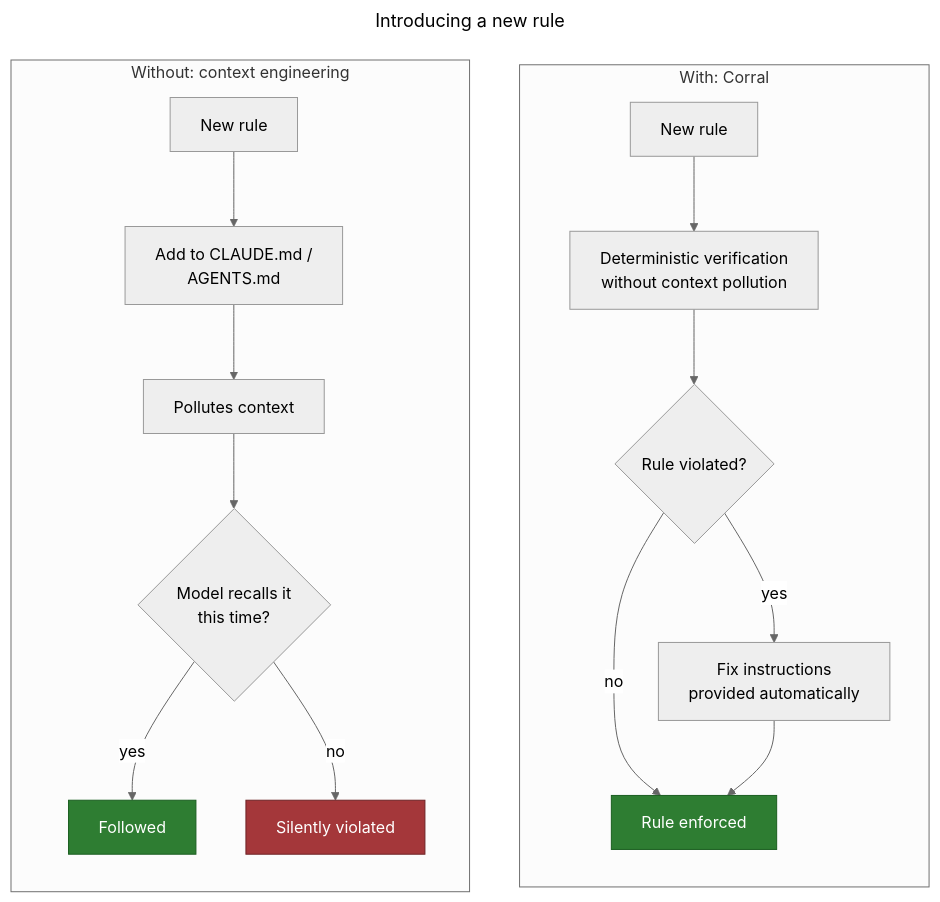
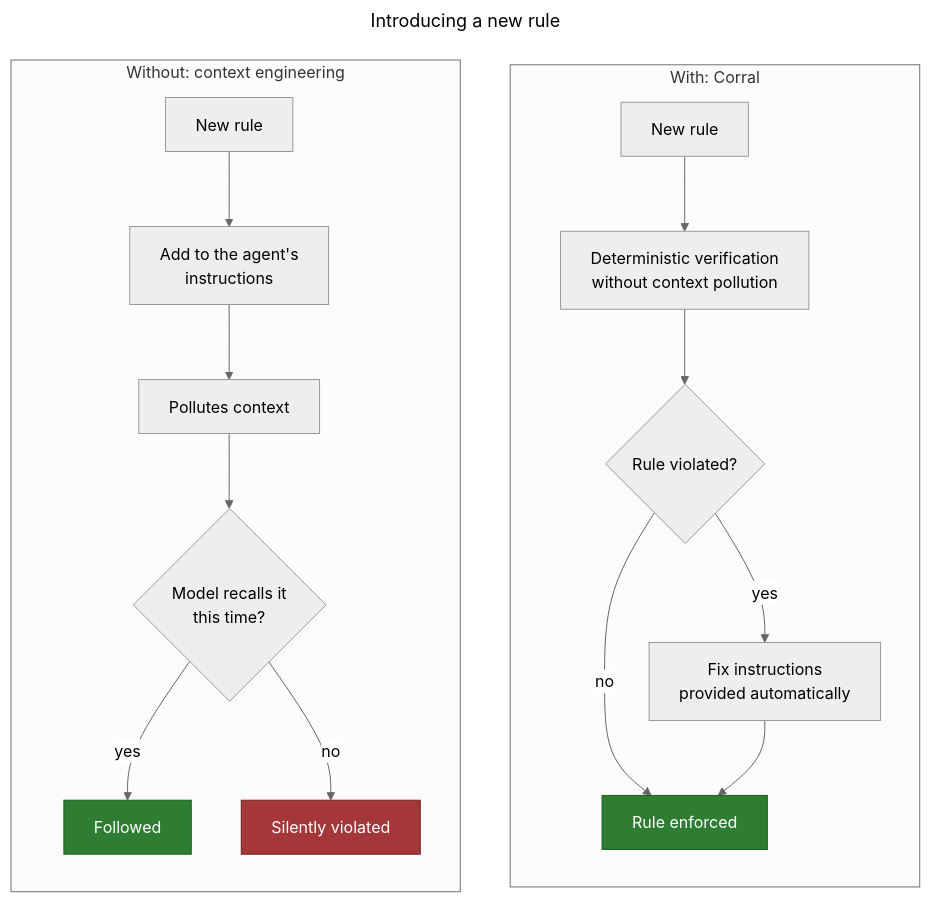
One commit to MilczekT1/Corral changed the diagram in README.md. Above: the diagram before and after it, drawn with Mermaid (neutral theme). The commit also changed other lines of this file, not shown here.

Commit message:
docs: Make the README intro tool-neutral instead of naming CLAUDE.md (#218)

````diff
--- a/README.md
+++ b/README.md
@@ -18,26 +18,26 @@
 ```mermaid
 ---
 title: Introducing a new rule
 ---
 flowchart LR
     subgraph ctx["Without: context engineering"]
         direction TB
-        A["New rule"] --> B["Add to CLAUDE.md /<br/>AGENTS.md"]
+        A["New rule"] --> B["Add to the agent's<br/>instructions"]
         B --> C["Pollutes context"]
         C --> D{"Model recalls it<br/>this time?"}
         D -->|yes| E["Followed"]
         D -->|no| F["Silently violated"]
     end
     subgraph cor["With: Corral"]
         direction TB
         G["New rule"] --> J["Deterministic verification <br/>without context pollution"]
         J --> L{"Rule violated?"}
         L -->|no| N["Rule enforced"]
         L -->|yes| M["Fix instructions<br/>provided automatically"]
         M --> N
     end
     ctx ~~~ cor
     style F fill:#a4373a,stroke:#6e2326,color:#ffffff
     style E fill:#2e7d32,stroke:#1b5e20,color:#ffffff
     style N fill:#2e7d32,stroke:#1b5e20,color:#ffffff
 ```
````
